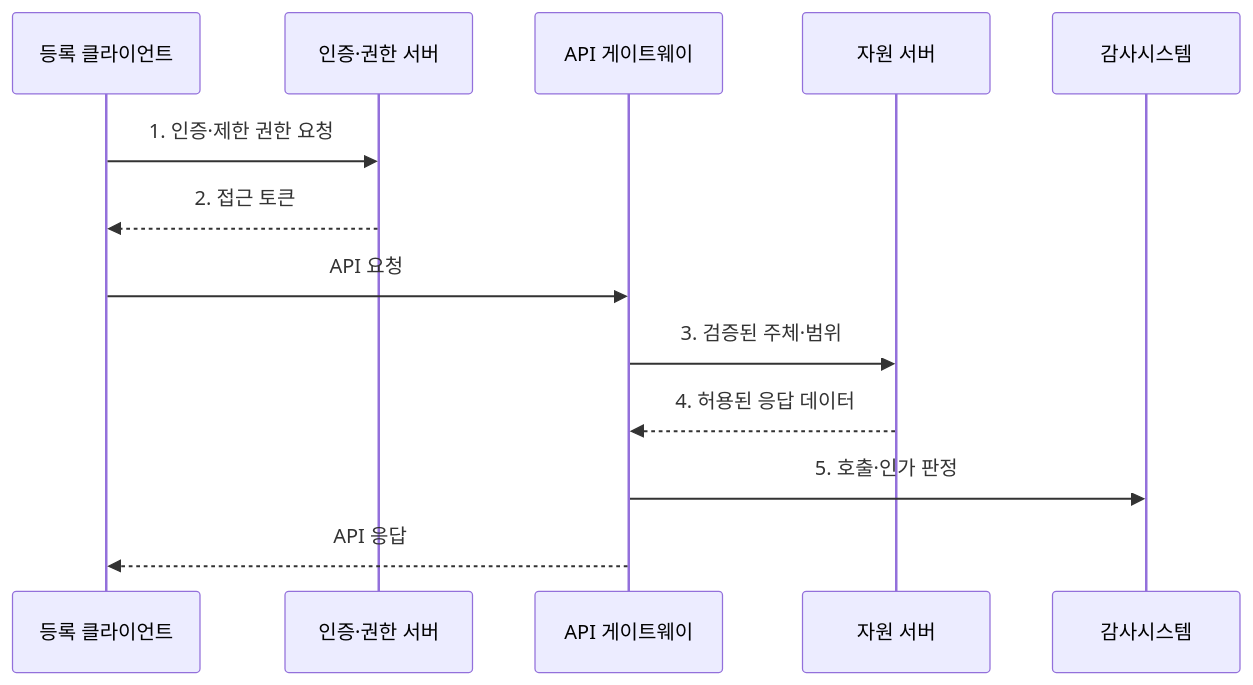
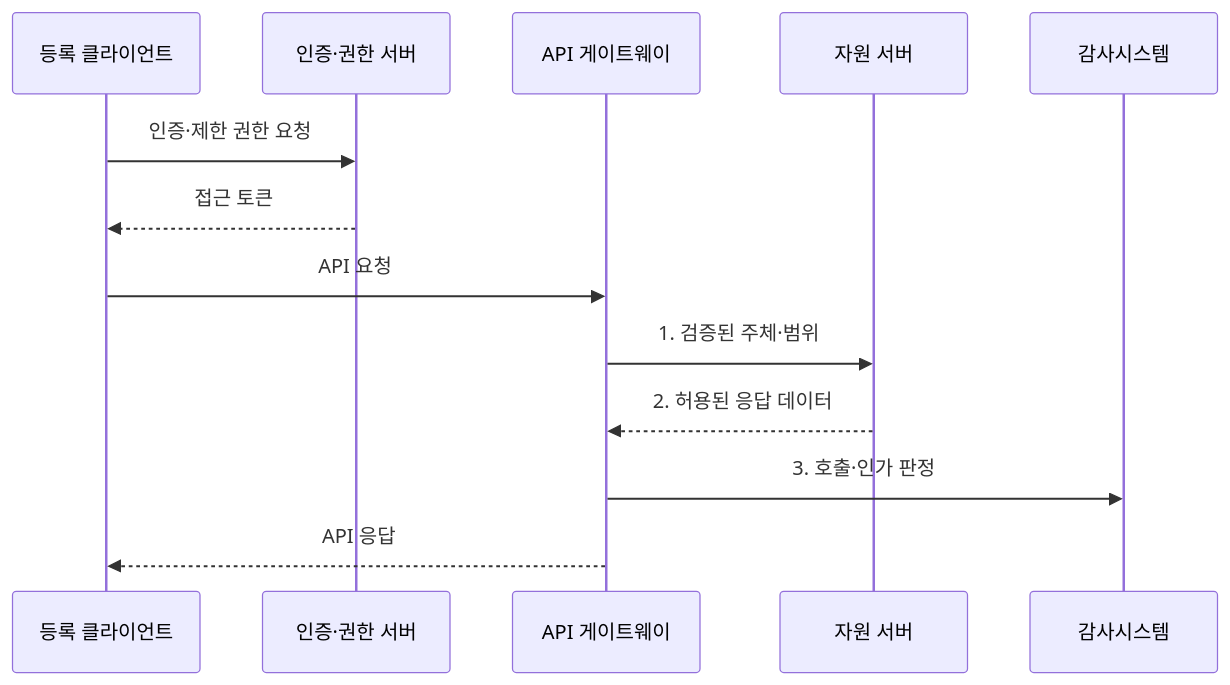
The second of 2 diagrams in src/content/docs/notes/05-security/053_secure_api_design.md (agnusdei1207/knowledge-base), drawn with Mermaid before and after one commit. The commit also changed other lines of this file and 19 other files, not shown here.

````diff
--- a/src/content/docs/notes/05-security/053_secure_api_design.md
+++ b/src/content/docs/notes/05-security/053_secure_api_design.md
@@ -89,15 +89,15 @@
 ```mermaid
 sequenceDiagram
     participant C as 등록 클라이언트
     participant A as 인증·권한 서버
     participant G as API 게이트웨이
     participant R as 자원 서버
     participant 감사시스템
-    C->>A: 1. 인증·제한 권한 요청
-    A-->>C: 2. 접근 토큰
+    C->>A: 인증·제한 권한 요청
+    A-->>C: 접근 토큰
     C->>G: API 요청
-    G->>R: 3. 검증된 주체·범위
-    R-->>G: 4. 허용된 응답 데이터
-    G->>감사시스템: 5. 호출·인가 판정
+    G->>R: 1. 검증된 주체·범위
+    R-->>G: 2. 허용된 응답 데이터
+    G->>감사시스템: 3. 호출·인가 판정
     G-->>C: API 응답
 ```
````
